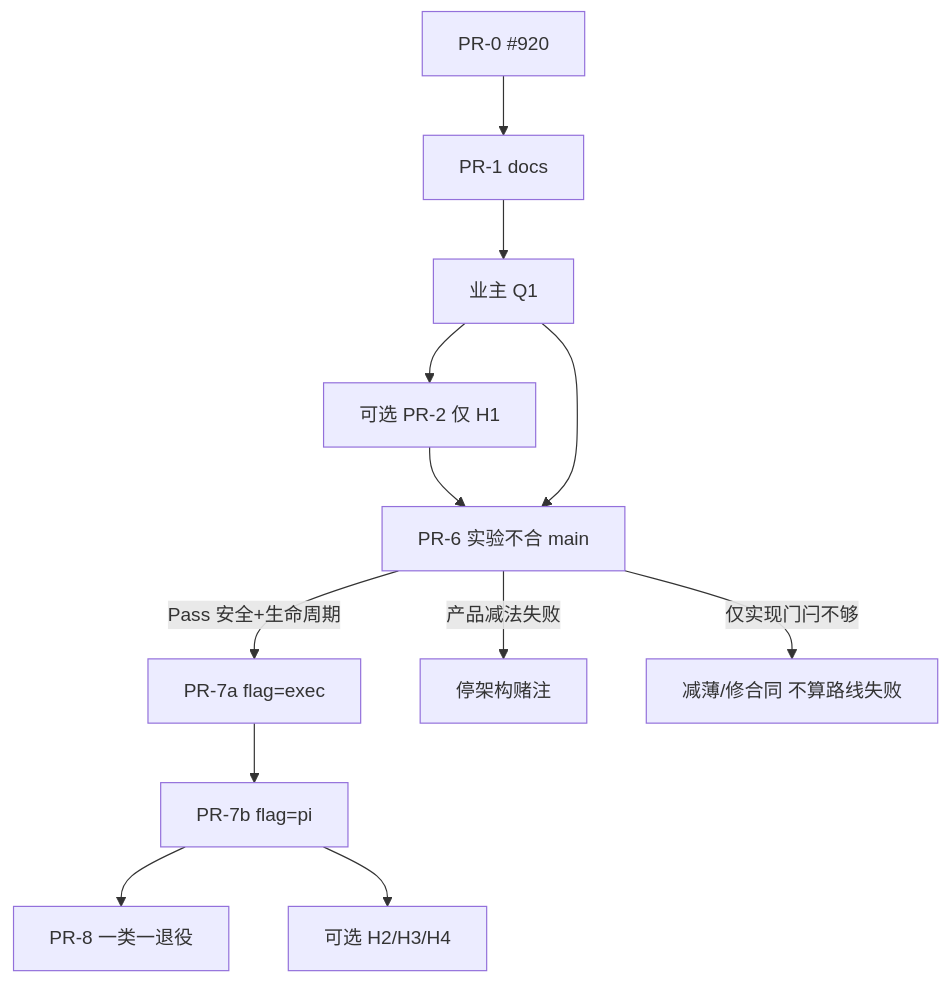
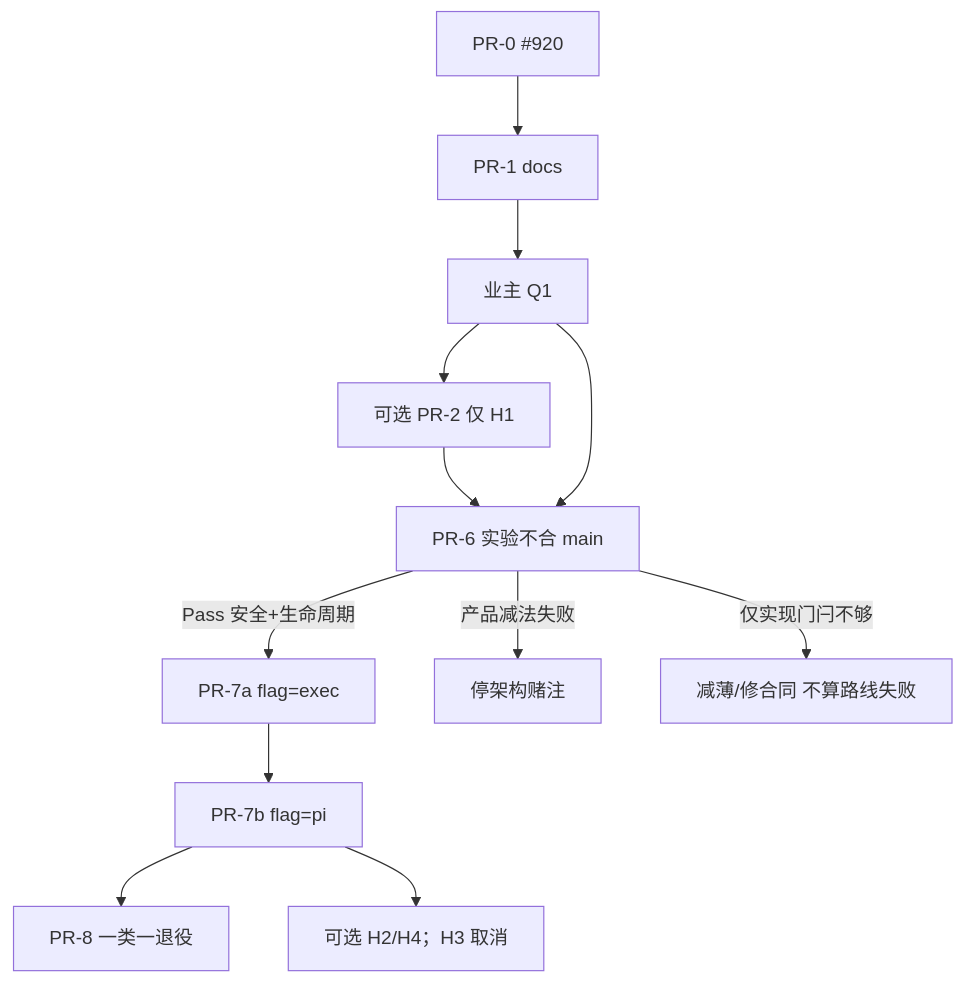
Before and after one commit to juanwan99/pico: the sixth of 6 diagrams in docs/PLAN-WORKENV-UPSTREAM.md, drawn with Mermaid. The commit also changed other lines of this file and 1 other file, not shown here.

````diff
--- a/docs/PLAN-WORKENV-UPSTREAM.md
+++ b/docs/PLAN-WORKENV-UPSTREAM.md
@@ -1244,14 +1247,14 @@
 ```mermaid
 flowchart TD
   P0[PR-0 #920] --> P1[PR-1 docs]
   P1 --> Q1[业主 Q1]
   Q1 --> H1[可选 PR-2 仅 H1]
   H1 --> EXP[PR-6 实验不合 main]
   Q1 --> EXP
   EXP -->|Pass 安全+生命周期| P7a[PR-7a flag=exec]
   EXP -->|产品减法失败| STOP[停架构赌注]
   EXP -->|仅实现门闩不够| FIX[减薄/修合同 不算路线失败]
   P7a --> P7b[PR-7b flag=pi]
   P7b --> P8[PR-8 一类一退役]
-  P7b --> H2[可选 H2/H3/H4]
+  P7b --> H2[可选 H2/H4；H3 取消]
 ```
````
